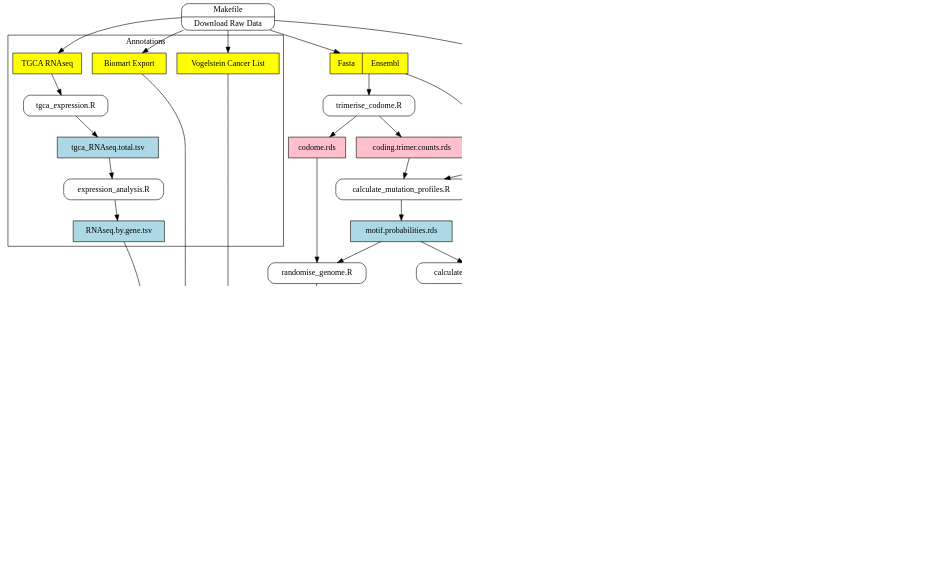
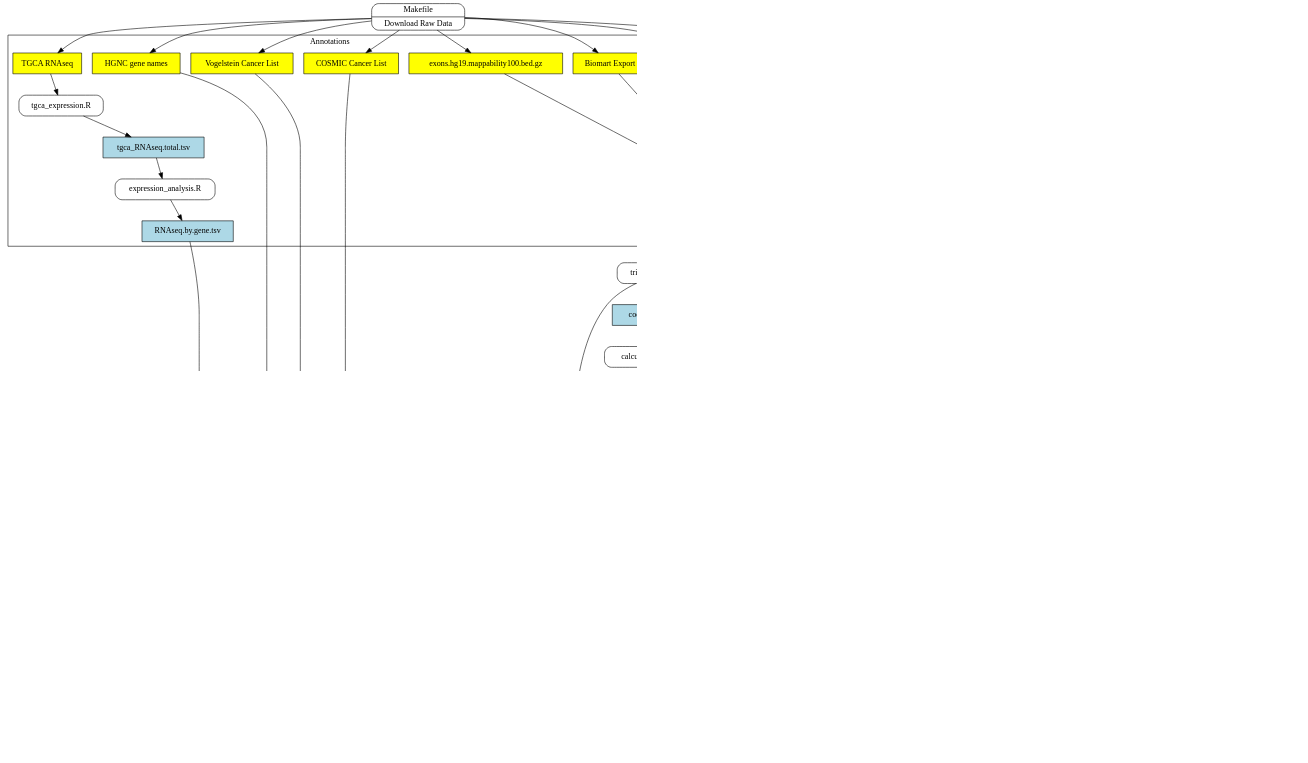
The diagram in data_flow_diagram.gv (daniel-wells/somatic-selection), drawn with Graphviz before and after one commit. The commit also changed 1 other file, not shown here.

Commit message:
update data flow diagram (add filter transcripts)
Corrected:
inconsistent colourings
lack of randomisation control box
missing raw data

```diff
--- a/data_flow_diagram.gv
+++ b/data_flow_diagram.gv
@@ -1,89 +1,111 @@
 # create on the command line by:
 # dot -Tpng data_flow_diagram.gv -o data_flow_diagram.png
 digraph dfd2{
 	graph [ dpi = 150 ]; 
         node[shape=record]
         subgraph level0{
         fasta [label="Fasta | Ensembl", style=filled, fillcolor=yellow];
         ICGCindiv [label="TSV | ICGC Project SSM", style=filled, fillcolor=yellow];
                         {rank=same; fasta,ICGCindiv}
 
         expected [label="expected_variants_per_transcript.tsv" shape=box, style=filled, fillcolor=lightblue];
-        observed [label="coding.mutations.rds" shape=box, style=filled, fillcolor=pink];
+        observed [label="coding.mutations.rds" shape=box, style=filled, fillcolor=lightblue];
         dndsTranscript [label="dNdS_by_transcript.tsv" shape=box, style=filled, fillcolor=lightblue];
         dndsgene [label="dNdS_by_gene.tsv" shape=box, style=filled, fillcolor=green];
         graphs [label="Graphs.pdf" shape=box, style=filled, fillcolor=green];
-        singleBaseCodingSubs [label="single.base.coding.substitutions.rds" shape=box, style=filled, fillcolor=pink];
-        trimerCounts [label="coding.trimer.counts.rds" shape=box, style=filled, fillcolor=pink];
+        singleBaseCodingSubs [label="single.base.coding.substitutions.rds" shape=box, style=filled, fillcolor=lightblue];
+        trimerCounts [label="coding.trimer.counts.rds" shape=box, style=filled, fillcolor=lightblue];
         motifProbs [label="motif.probabilities.rds" shape=box, style=filled, fillcolor=lightblue];
-        aggMut [label="simple.somatic.mutations.aggregated.rds" shape=box, style=filled, fillcolor=pink];
-		codome [label="codome.rds" shape=box, style=filled, fillcolor=pink];
-		randomAggregated [label="random.aggregated.tsv" shape=box, style=filled, fillcolor=lightblue];
-		pvalues [label="p.values.tsv" shape=box, style=filled, fillcolor=lightblue];
-		randomisedRaw [label="randomised raw files (multiple)" shape=box, style=filled, fillcolor=lightblue];
+        aggMut [label="simple.somatic.mutations.aggregated.rds" shape=box, style=filled, fillcolor=lightblue];
+		observedTranscripts [label="observed.ranscripts.rds" shape=box, style=filled, fillcolor=lightblue];
+		transcriptList [label="final.transcript.list.rds" shape=box, style=filled, fillcolor=lightblue];
+		cosmic [label="cancer_gene_census.csv" shape=box, style=filled, fillcolor=yellow];
+		hgnc [label="HGNC.tsv" shape=box, style=filled, fillcolor=yellow];
+
 
         calcExpected [label="calculate_expected_variants.R}" shape=Mrecord];
         calcdnds [label="calculate_dNdS.R}" shape=Mrecord];
         analysednds [label="analyse_dNdS.R}" shape=Mrecord];
         MakeDownload [label="{Makefile|Download Raw Data}" shape=Mrecord];
-		randomise [label="{randomise_genome.R}" shape=Mrecord];
+
 		trimerise [label="{trimerise_codome.R}" shape=Mrecord];
 		load [label="{load_mutations.R}" shape=Mrecord];
         calcProfile [label="{calculate_mutation_profiles.R}" shape=Mrecord];
-		mergeRandom [label="{Makefile|Aggregate files}" shape=Mrecord];
-		calculateP [label="{calculate_pvalues.R}" shape=Mrecord];
+		filterTranscripts [label="{filter_transcripts.R}" shape=Mrecord];
         }
+		
+		subgraph cluster_level3{
+	                        label ="Randomisation Control" fontsize="25";
+				randomise [label="{randomise_genome.R}" shape=Mrecord];
+				codome [label="codome.rds" shape=box, style=filled, fillcolor=lightblue];
+				randomAggregated [label="random.aggregated.tsv" shape=box, style=filled, fillcolor=lightblue];
+				pvalues [label="p.values.tsv" shape=box, style=filled, fillcolor=lightblue];
+				randomisedRaw [label="randomised raw files (multiple)" shape=box, style=filled, fillcolor=lightblue];
+				mergeRandom [label="{Makefile|Aggregate files}" shape=Mrecord];
+				calculateP [label="{calculate_pvalues.R}" shape=Mrecord];
+	        }
 
        subgraph cluster_level1{
                 	label ="Annotations" rank="max";
+				mappability [label="exons.hg19.mappability100.bed.gz" shape=box, style=filled, fillcolor=yellow];
         		biomart [label="Biomart Export" shape=box, style=filled, fillcolor=yellow];
 	        	vogelstein [label="Vogelstein Cancer List" shape=box, style=filled, fillcolor=yellow];
+	        	cosmic [label="COSMIC Cancer List" shape=box, style=filled, fillcolor=yellow];
+	        	hgnc [label="HGNC gene names" shape=box, style=filled, fillcolor=yellow];
 	        	rna [label="TGCA RNAseq" shape=box, style=filled, fillcolor=yellow];
 
 			rnaTotal [label="tgca_RNAseq.total.tsv" shape=box, style=filled, fillcolor=lightblue];
 			rnaGene [label="RNAseq.by.gene.tsv" shape=box, style=filled, fillcolor=lightblue];
 
 	        	expression [label="tgca_expression.R}" shape=Mrecord];
 	        	expressionAnalysis [label="expression_analysis.R}" shape=Mrecord];
 
                        # store1 [label="<f0>    |<f1> Data store one"];
                        # store2 [label="<f0>   |<f1> Data store two"];
                        # {rank=same; store1, store2}
 
         }
 
 	subgraph cluster_level2{
                         label ="Key" fontsize="25" rank="min";
         raw [label="Raw Data" shape=box, style=filled, fillcolor=yellow];
 		data [label="Intermediate Data" shape=box, style=filled, fillcolor=lightblue];
-		cachedata [label="Cached Data" shape=box, style=filled, fillcolor=pink];
 	    results [label="Result" shape=box, style=filled, fillcolor=green];
 	    script [label="Script" shape=Mrecord];
         }
 
 	# Download Data
-	MakeDownload -> {fasta, ICGCindiv, biomart, vogelstein, rna}
+	MakeDownload -> {fasta, ICGCindiv, biomart, vogelstein, rna, mappability, cosmic, hgnc}
 	
-	ICGCindiv -> load -> {singleBaseCodingSubs,observed,aggMut}
+	# Load mutations
+	ICGCindiv -> load -> {singleBaseCodingSubs,observed,aggMut,observedTranscripts}
+	
+	# Calculate substitution 'matrix'
 	{singleBaseCodingSubs,trimerCounts} -> calcProfile -> motifProbs
-	{fasta,motifProbs} -> calcExpected -> expected
+	
+	# Calculate expected ratio of N:S
+	{fasta,motifProbs,transcriptList} -> calcExpected -> expected
+	
 	{expected,observed} -> calcdnds -> dndsTranscript -> analysednds -> {graphs dndsgene}
 	
 	# Ensembl Fasta
-	fasta -> trimerise -> {codome,trimerCounts}
+	{fasta,transcriptList} -> trimerise -> {codome,trimerCounts}
+	
+	# Filter
+	{fasta,observedTranscripts,mappability,biomart} -> filterTranscripts -> transcriptList
 	
 	# Create random genomes and calculate Pvalues
 	{codome,motifProbs} -> randomise -> randomisedRaw -> mergeRandom -> randomAggregated -> calculateP -> pvalues -> analysednds
 		dndsTranscript -> calculateP
 
+	# RNA Expression
+	rna -> expression -> rnaTotal -> expressionAnalysis -> rnaGene
+
 	# Add annotations
-	{biomart,vogelstein} -> analysednds
-
-	# RNA Expression
-	rna -> expression -> rnaTotal -> expressionAnalysis -> rnaGene -> analysednds
+	{vogelstein,cosmic,hgnc,rnaGene} -> analysednds
 
 	# Key
 #	raw -> script -> data -> results [style=invis]
 	 calcdnds -> script  [style=invis, minlen=2]
 
 }
```
